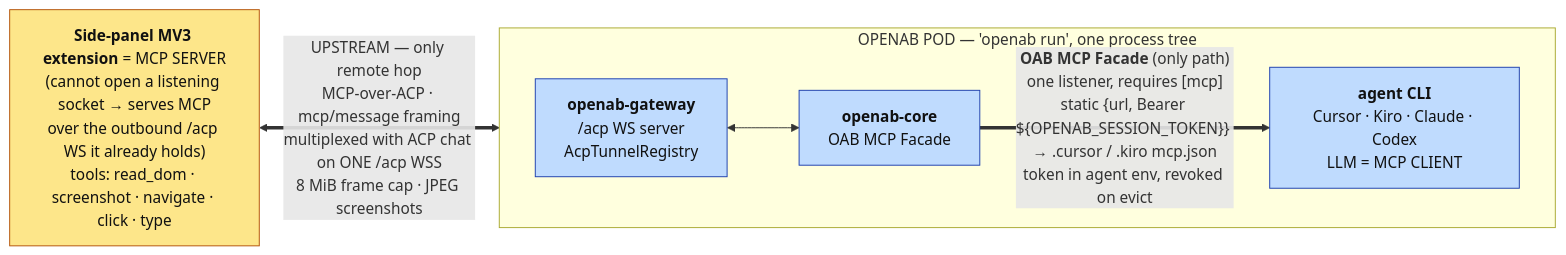
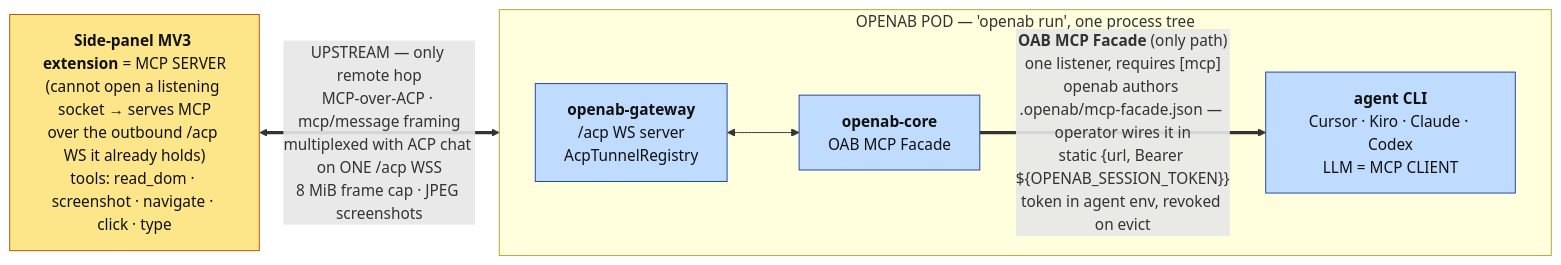
The first of 2 diagrams in docs/adr/acp-server-websocket-reverse-mcp.md (openabdev/openab), drawn with Mermaid before and after one commit. The commit also changed other lines of this file and 6 other files, not shown here.

````diff
--- a/docs/adr/acp-server-websocket-reverse-mcp.md
+++ b/docs/adr/acp-server-websocket-reverse-mcp.md
@@ -68,17 +68,17 @@
 ```mermaid
 flowchart LR
   EXT["<b>Side-panel MV3 extension</b> = MCP SERVER<br/>(cannot open a listening socket → serves MCP<br/>over the outbound /acp WS it already holds)<br/>tools: read_dom · screenshot · navigate · click · type"]
   subgraph POD["OPENAB POD — 'openab run', one process tree"]
     direction LR
     GW["<b>openab-gateway</b><br/>/acp WS server<br/>AcpTunnelRegistry"]
     CORE["<b>openab-core</b><br/>OAB MCP Facade"]
     AGENT["<b>agent CLI</b><br/>Cursor · Kiro · Claude · Codex<br/>LLM = MCP CLIENT"]
     GW <--> CORE
-    CORE ==>|"<b>OAB MCP Facade</b> (only path)<br/>one listener, requires [mcp]<br/>static {url, Bearer ${OPENAB_SESSION_TOKEN}} → .cursor / .kiro mcp.json<br/>token in agent env, revoked on evict"| AGENT
+    CORE ==>|"<b>OAB MCP Facade</b> (only path)<br/>one listener, requires [mcp]<br/>openab authors .openab/mcp-facade.json — operator wires it in<br/>static {url, Bearer ${OPENAB_SESSION_TOKEN}}<br/>token in agent env, revoked on evict"| AGENT
   end
   EXT <==>|"UPSTREAM — only remote hop<br/>MCP-over-ACP · mcp/message framing<br/>multiplexed with ACP chat on ONE /acp WSS<br/>8 MiB frame cap · JPEG screenshots"| GW
   classDef remote fill:#fde68a,stroke:#b45309,color:#111;
   classDef pod fill:#bfdbfe,stroke:#1e40af,color:#111;
   class EXT remote;
   class GW,CORE,AGENT pod;
 ```
````
